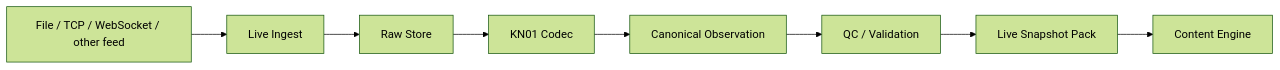
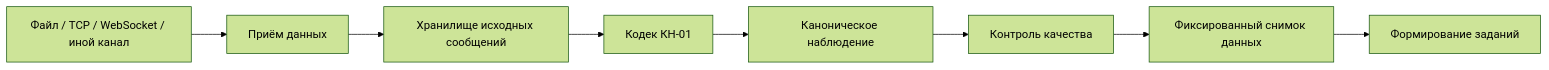
One commit to f2re/synopsis_game changed the second of 2 diagrams in docs/architecture/README.md. Above: the diagram before and after it, drawn with Mermaid (forest theme). The commit also changed other lines of this file, not shown here.

````diff
--- a/docs/architecture/README.md
+++ b/docs/architecture/README.md
@@ -109,10 +124,10 @@
 ```mermaid
 flowchart LR
-    A[File / TCP / WebSocket / other feed] --> B[Live Ingest]
-    B --> C[Raw Store]
-    C --> D[KN01 Codec]
-    D --> E[Canonical Observation]
-    E --> F[QC / Validation]
-    F --> G[Live Snapshot Pack]
-    G --> H[Content Engine]
+    A[Файл / TCP / WebSocket / иной канал] --> B[Приём данных]
+    B --> C[Хранилище исходных сообщений]
+    C --> D[Кодек КН-01]
+    D --> E[Каноническое наблюдение]
+    E --> F[Контроль качества]
+    F --> G[Фиксированный снимок данных]
+    G --> H[Формирование заданий]
 ```
````
